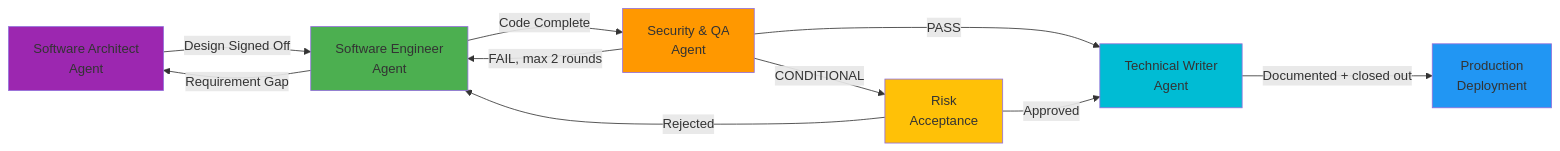
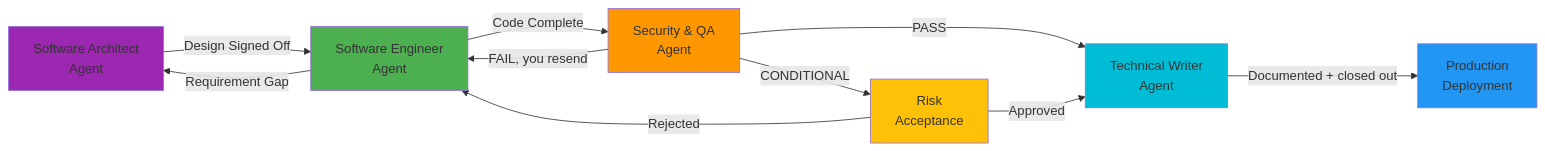
The diagram in com.github.copilot/agents/README.md (raandree/CopilotAtelier), drawn with Mermaid before and after one commit. The commit also changed other lines of this file and 8 other files, not shown here.

````diff
--- a/com.github.copilot/agents/README.md
+++ b/com.github.copilot/agents/README.md
@@ -354,19 +358,19 @@
 ```mermaid
 flowchart LR
     Arch[Software Architect<br/>Agent] -->|Design Signed Off| Dev[Software Engineer<br/>Agent]
     Dev -->|Requirement Gap| Arch
     Dev -->|Code Complete| QA[Security & QA<br/>Agent]
     QA -->|PASS| Doc[Technical Writer<br/>Agent]
-    QA -->|FAIL, max 2 rounds| Dev
+    QA -->|FAIL, you resend| Dev
     QA -->|CONDITIONAL| Risk[Risk<br/>Acceptance]
     Risk -->|Approved| Doc
     Risk -->|Rejected| Dev
     Doc -->|Documented + closed out| Prod[Production<br/>Deployment]
 
     style Arch fill:#9C27B0
     style Dev fill:#4CAF50
     style QA fill:#FF9800
     style Doc fill:#00BCD4
     style Prod fill:#2196F3
     style Risk fill:#FFC107
 ```
````
